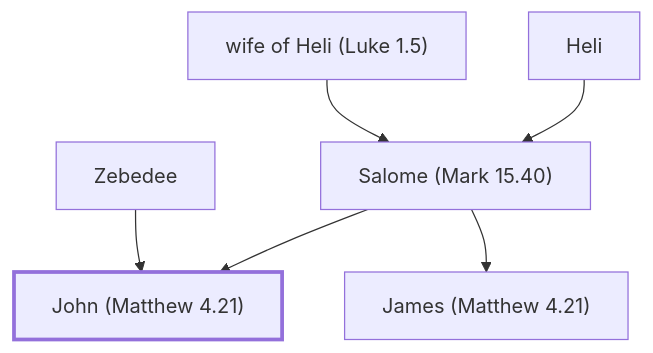
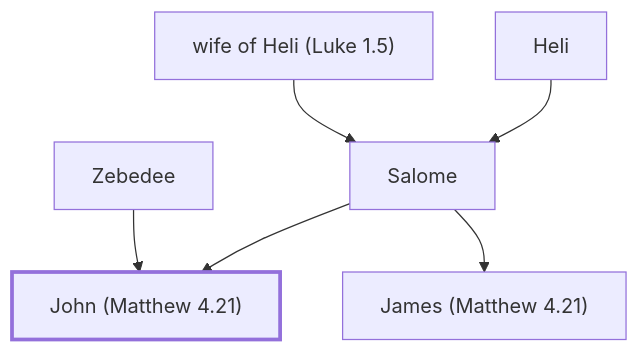
The diagram in connections/people/John (Matthew 4.21).md (jeffdehut/Bible), drawn with Mermaid before and after one commit. The commit also changed other lines of this file and 18 other files, not shown here.

````diff
--- a/connections/people/John (Matthew 4.21).md
+++ b/connections/people/John (Matthew 4.21).md
@@ -38,16 +38,16 @@
 ```mermaid
 flowchart TB
   n0["John (Matthew 4.21)"]:::me
   n1["Heli"]
-  n2["Salome (Mark 15.40)"]
+  n2["Salome"]
   n1 --> n2
   n3["wife of Heli (Luke 1.5)"]
   n3 --> n2
   n2 --> n0
   n4["Zebedee"]
   n4 --> n0
   n5["James (Matthew 4.21)"]
   n2 --> n5
   classDef me stroke-width:3px
   classDef spouse stroke-dasharray:4
 ```
````
